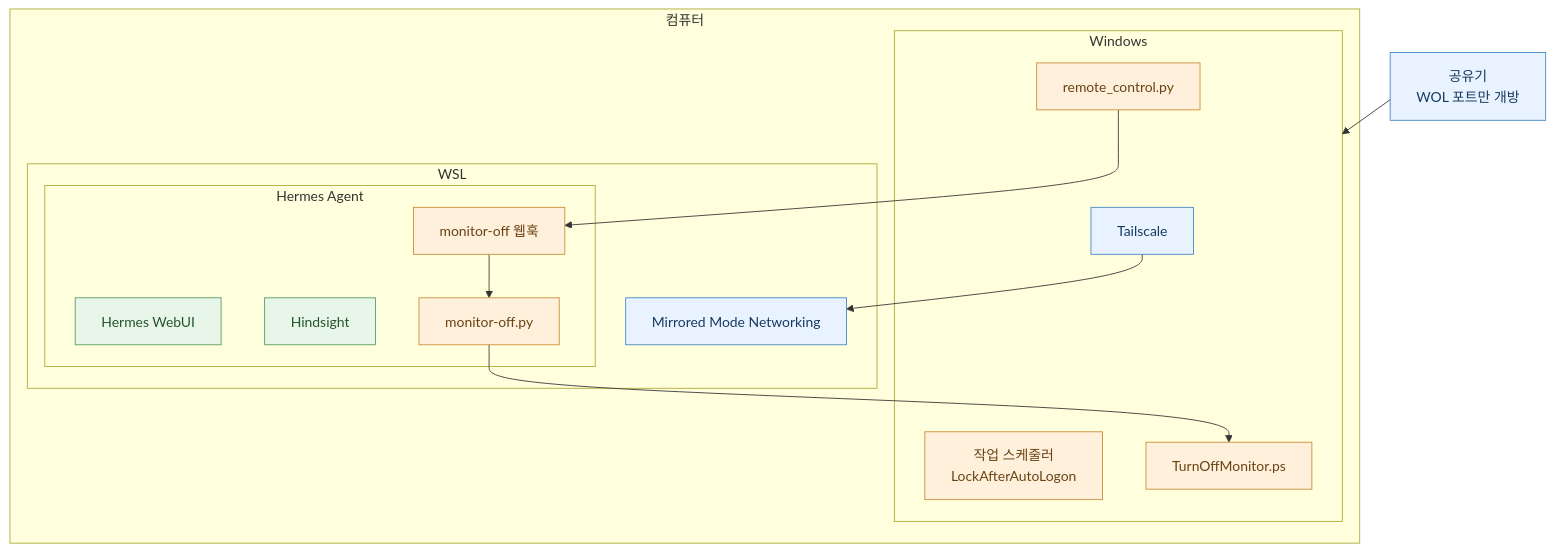
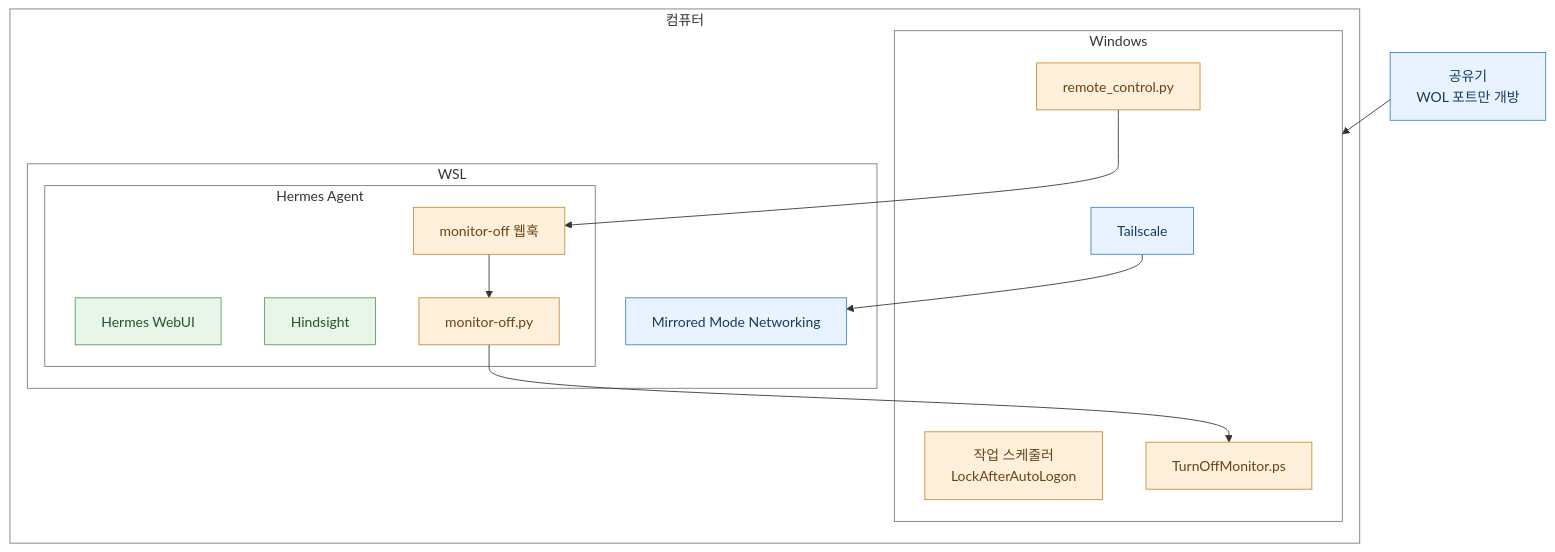
Before and after one commit to liminal-still-exists/hermes-agent-infra: the diagram in README.md, drawn with Mermaid.

Commit message:
Add styles for Computer, Windows, WSL, and Hermes

````diff
--- a/README.md
+++ b/README.md
@@ -1,38 +1,43 @@
 ```mermaid
 flowchart TB
     Router["공유기<br/>WOL 포트만 개방"]
 
     subgraph Computer["컴퓨터"]
         subgraph Windows["Windows"]
             TS["Tailscale"]
             RC["remote_control.py"]
             Task["작업 스케줄러<br/>LockAfterAutoLogon"]
             Monitor["TurnOffMonitor.ps"]
         end
 
         subgraph WSL["WSL"]
             Net["Mirrored Mode Networking"]
 
             subgraph Hermes["Hermes Agent"]
                 WebUI["Hermes WebUI"]
                 Hindsight["Hindsight"]
                 Webhook["monitor-off 웹훅"]
                 Script["monitor-off.py"]
             end
         end
     end
 
     Router --> Windows
     TS --> Net
     RC --> Webhook
     Webhook --> Script
     Script --> Monitor
 
     classDef network fill:#e8f3ff,stroke:#4385c6,color:#173b60
     classDef automation fill:#fff0dc,stroke:#c98b35,color:#694313
     classDef service fill:#e8f5e9,stroke:#579b61,color:#24552b
 
     class Router,TS,Net network
     class RC,Task,Monitor,Webhook,Script automation
     class WebUI,Hindsight service
+
+    style Computer fill:none,stroke:#777,stroke-width:1px
+    style Windows fill:none,stroke:#777,stroke-width:1px
+    style WSL fill:none,stroke:#777,stroke-width:1px
+    style Hermes fill:none,stroke:#777,stroke-width:1px
 ```
````
